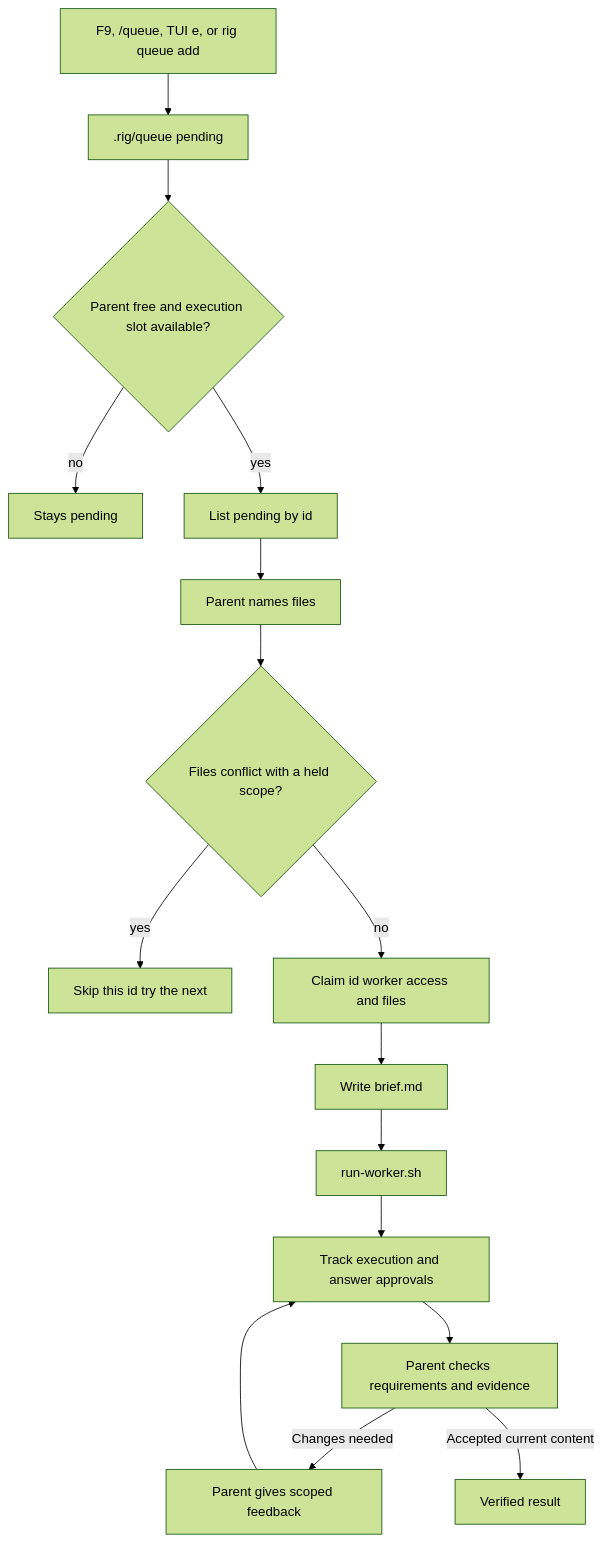
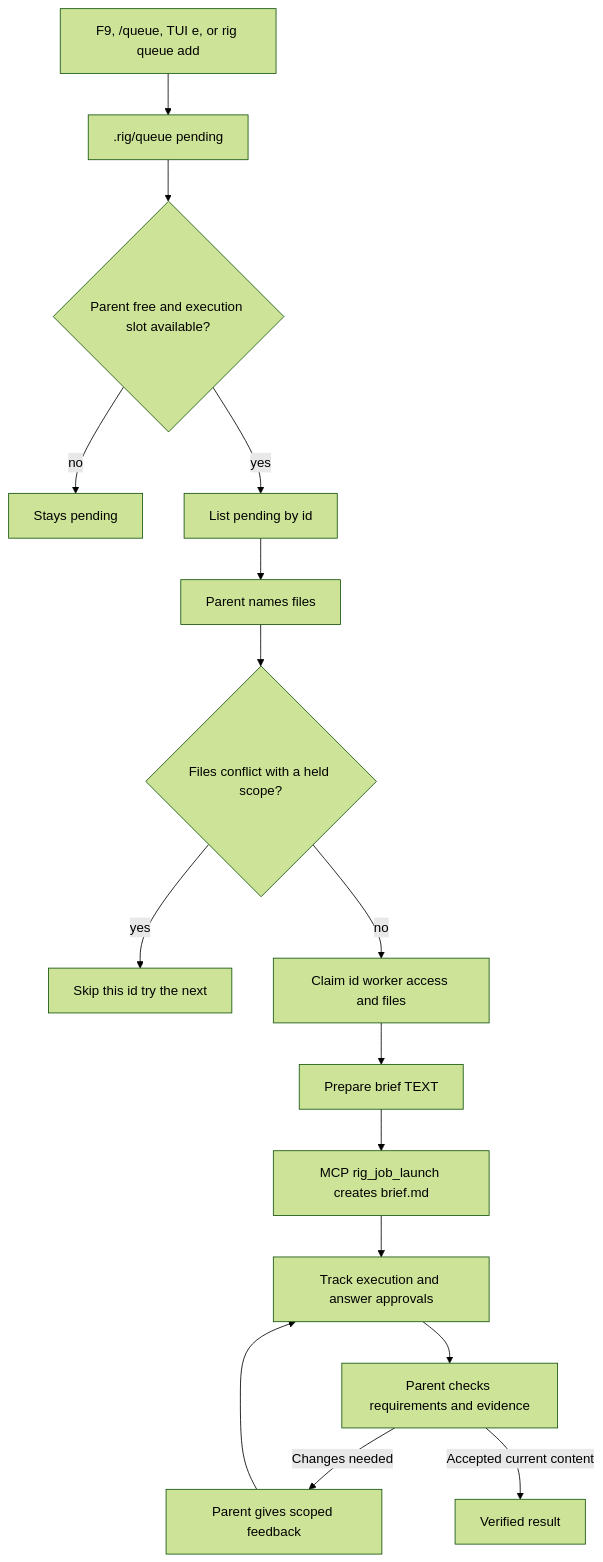
The third of 3 diagrams in README.md (Brasth/Rig), drawn with Mermaid (forest theme) before and after one commit. The commit also changed other lines of this file and 28 other files, not shown here.

Commit message:
feat(mcp): require job-scoped orchestration and child handshake

````diff
--- a/README.md
+++ b/README.md
@@ -101,18 +103,18 @@
 ```mermaid
 flowchart TD
   park["F9, /queue, TUI e, or rig queue add"] --> file[".rig/queue pending"]
   file --> free{"Parent free and execution slot available?"}
   free -->|no| stayPending[Stays pending]
   free -->|yes| list[List pending by id]
   list --> name[Parent names files]
   name --> overlap{Files conflict with a held scope?}
   overlap -->|yes| skip[Skip this id try the next]
   overlap -->|no| claim[Claim id worker access and files]
-  claim --> brief[Write brief.md]
-  brief --> spawn[run-worker.sh]
+  claim --> brief[Prepare brief TEXT]
+  brief --> spawn[MCP rig_job_launch creates brief.md]
   spawn --> execution["Track execution and answer approvals"]
   execution --> verify["Parent checks requirements and evidence"]
   verify -->|Changes needed| feedback["Parent gives scoped feedback"]
   feedback --> execution
   verify -->|Accepted current content| accepted["Verified result"]
 ```
````
